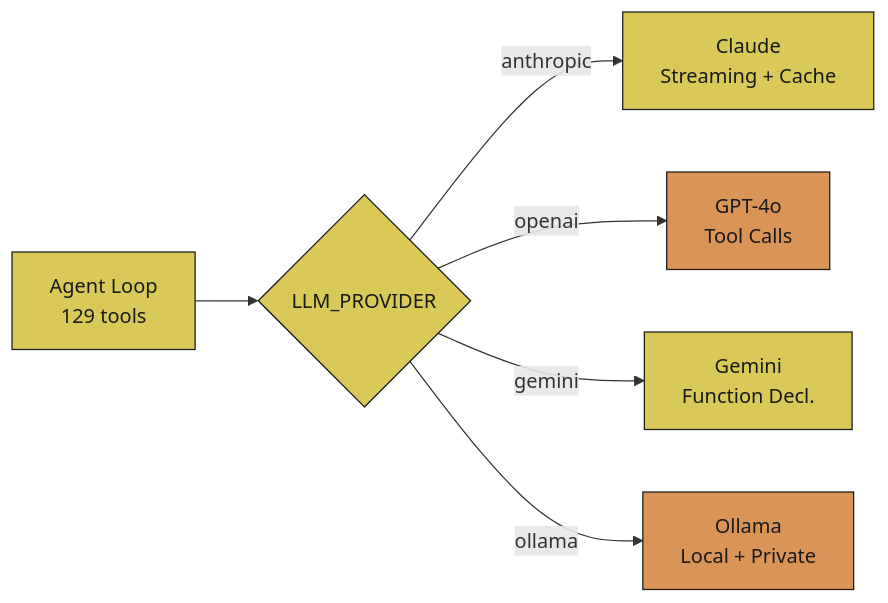
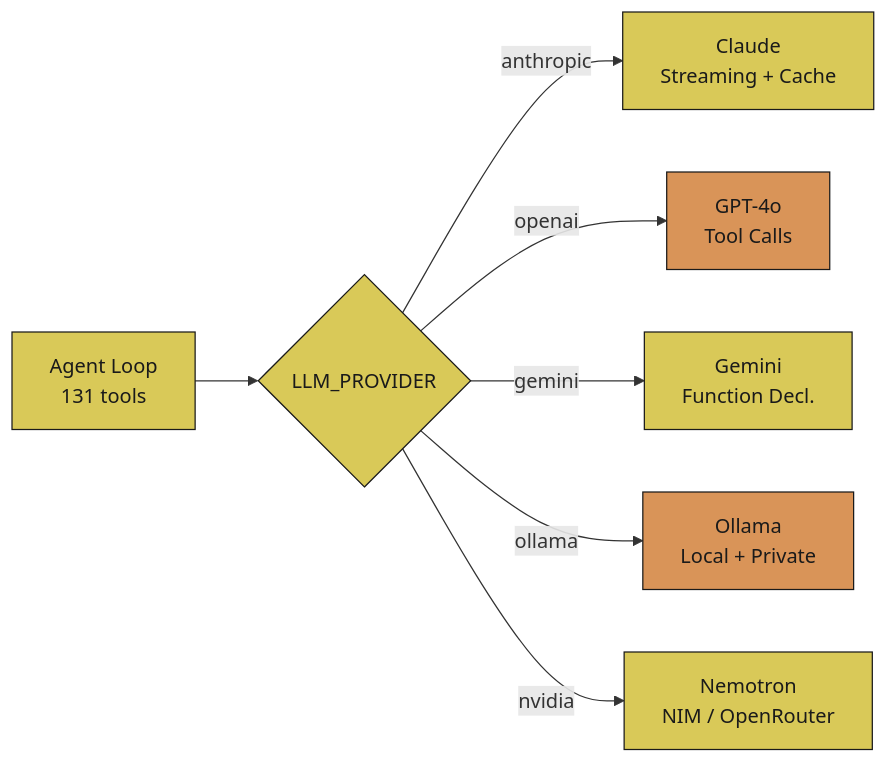
One commit to JosephOIbrahim/Comfy-Cozy changed the fifth of 33 diagrams in README.md. Above: the diagram before and after it, drawn with Mermaid. The commit also changed other lines of this file, not shown here.

First line of the commit message:
[VERIFY] docs: README + provider diagram — NVIDIA Nemotron + runtime model swap

````diff
--- a/README.md
+++ b/README.md
@@ -362,13 +392,14 @@
 ```mermaid
 graph LR
-    Agent[Agent Loop<br/>129 tools] --> LLM{LLM_PROVIDER}
+    Agent[Agent Loop<br/>131 tools] --> LLM{LLM_PROVIDER}
     LLM -->|anthropic| A["Claude<br/>Streaming + Cache"]
     LLM -->|openai| B["GPT-4o<br/>Tool Calls"]
     LLM -->|gemini| C["Gemini<br/>Function Decl."]
     LLM -->|ollama| D["Ollama<br/>Local + Private"]
+    LLM -->|nvidia| E["Nemotron<br/>NIM / OpenRouter"]
 
     classDef orange fill:#d99458,color:#1a1a1a,stroke:#1a1a1a
     classDef yellow fill:#d9c958,color:#1a1a1a,stroke:#1a1a1a
     class B,D orange
-    class Agent,A,C,LLM yellow
+    class Agent,A,C,E,LLM yellow
 ```
````
